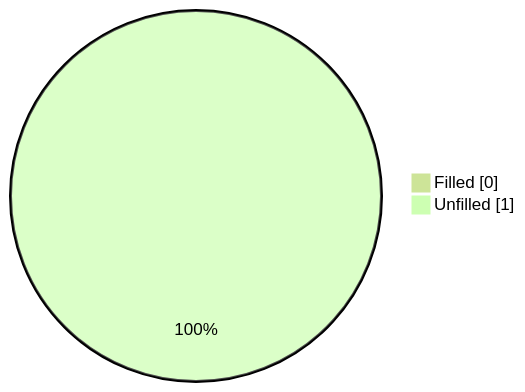
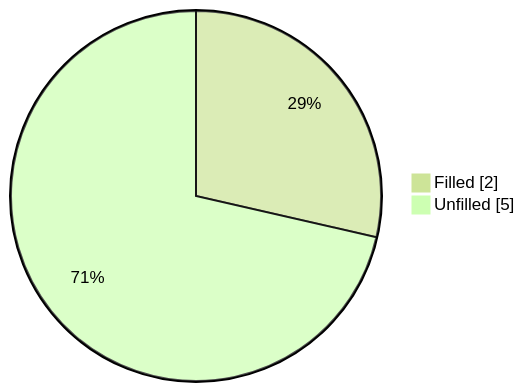
Before and after one commit to Chieko-Y/my-spec-generator: the first of 2 diagrams in workspace/honda/pilot-2026/ivi/published/features/README.md, drawn with Mermaid (forest theme). The commit also changed other lines of this file and 242 other files, not shown here.

````diff
--- a/workspace/honda/pilot-2026/ivi/published/features/README.md
+++ b/workspace/honda/pilot-2026/ivi/published/features/README.md
@@ -22,5 +22,5 @@
 ```mermaid
 pie showData
-    "Filled" : 0
-    "Unfilled" : 1
+    "Filled" : 2
+    "Unfilled" : 5
 ```
````
